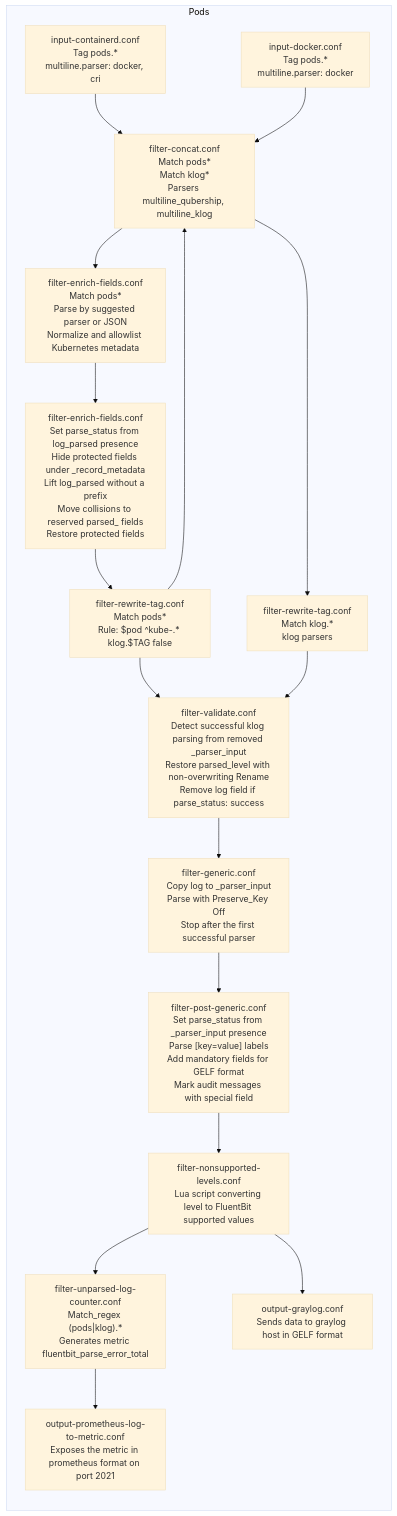
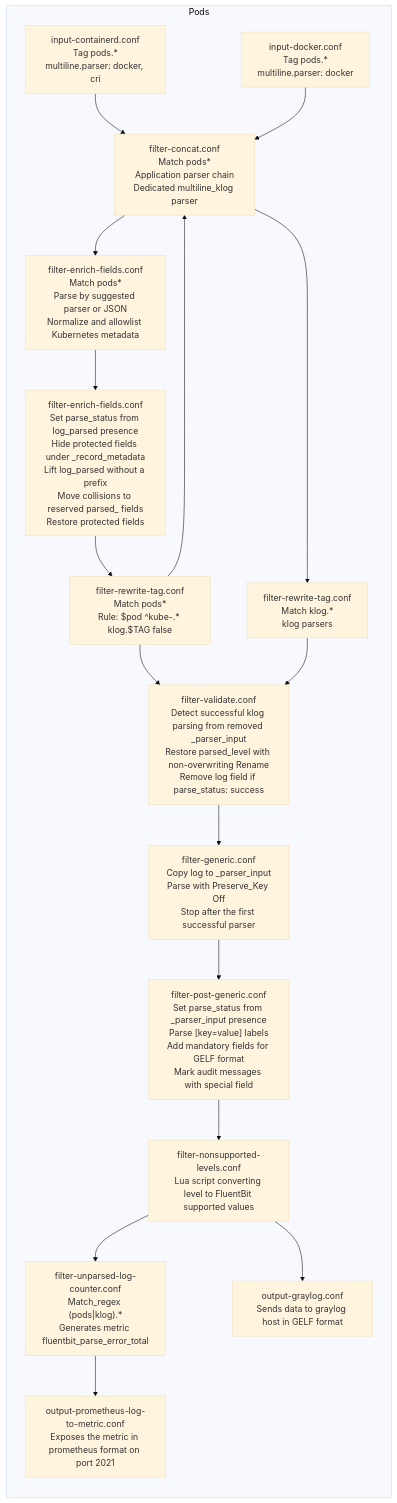
The diagram in docs/fluentbit-log-pipeline.md (Netcracker/qubership-logging-operator), drawn with Mermaid (base theme) before and after one commit. The commit also changed other lines of this file and 20 other files, not shown here.

````diff
--- a/docs/fluentbit-log-pipeline.md
+++ b/docs/fluentbit-log-pipeline.md
@@ -69,22 +69,22 @@
 ```mermaid
 flowchart LR
     subgraph Pods
         IC["input-containerd.conf<br/>Tag pods.*<br/>multiline.parser: docker, cri" ] --> FC
         ID["input-docker.conf<br/>Tag pods.*<br/>multiline.parser: docker"] --> FC
-        FC["filter-concat.conf<br/>Match pods*<br/>Match klog*<br/>Parsers multiline_qubership, multiline_klog"] --> FK
-        FC["filter-concat.conf<br/>Match pods*<br/>Match klog*<br/>Parsers multiline_qubership, multiline_klog"] --> FRTP
+        FC["filter-concat.conf<br/>Match pods*<br/>Application parser chain<br/>Dedicated multiline_klog parser"] --> FK
+        FC["filter-concat.conf<br/>Match pods*<br/>Application parser chain<br/>Dedicated multiline_klog parser"] --> FRTP
         FK["filter-enrich-fields.conf<br/>Match pods*<br/>Parse by suggested parser or JSON<br/>Normalize and allowlist Kubernetes metadata"] --> FPC
         FPC["filter-enrich-fields.conf<br/>Set parse_status from log_parsed presence<br/>Hide protected fields under _record_metadata<br/>Lift log_parsed without a prefix<br/>Move collisions to reserved parsed_ fields<br/>Restore protected fields"] --> FRT
         FRT["filter-rewrite-tag.conf<br/>Match pods*<br/>Rule: $pod ^kube-.* klog.$TAG false"] --> FC
         FRT["filter-rewrite-tag.conf<br/>Match pods*<br/>Rule: $pod ^kube-.* klog.$TAG false"] --> FVALID
         FRTP["filter-rewrite-tag.conf<br/>Match klog.*<br/>klog parsers"] --> FVALID
         FVALID["filter-validate.conf<br/>Detect successful klog parsing from removed _parser_input<br/>Restore parsed_level with non-overwriting Rename<br/>Remove log field if parse_status: success"] --> FGEN
         FGEN["filter-generic.conf<br/>Copy log to _parser_input<br/>Parse with Preserve_Key Off<br/>Stop after the first successful parser"] --> FPGEN
         FPGEN["filter-post-generic.conf<br/>Set parse_status from _parser_input presence<br/>Parse [key=value] labels<br/>Add mandatory fields for GELF format<br/>Mark audit messages with special field"] --> FNL
         FNL["filter-nonsupported-levels.conf<br/>Lua script converting level to FluentBit supported values"] --> FULC
         FNL["filter-nonsupported-levels.conf<br/>Lua script converting level to FluentBit supported values"] --> OGRAY
         OGRAY["output-graylog.conf<br/>Sends data to graylog host in GELF format"]
         FULC["filter-unparsed-log-counter.conf<br/>Match_regex (pods|klog).*<br/>Generates metric fluentbit_parse_error_total"] --> OPLTM
         OPLTM["output-prometheus-log-to-metric.conf</br>Exposes the metric in prometheus format on port 2021"]
     end
 ```
````
